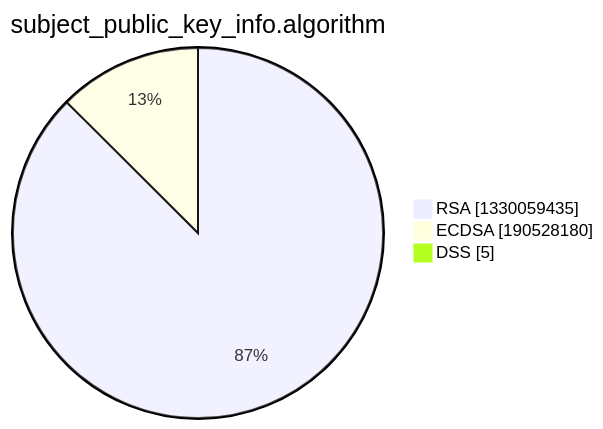
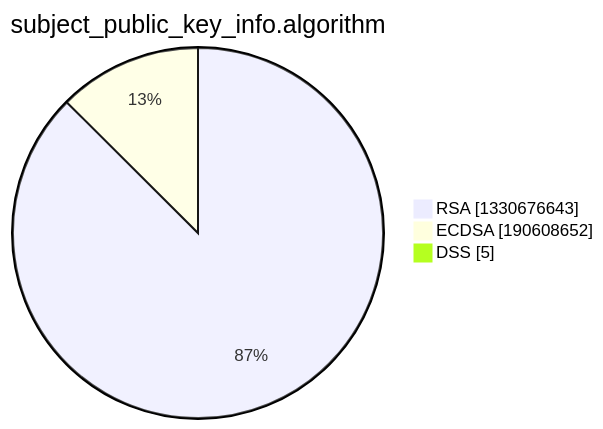
The third of 15 diagrams in xenon2022/README.md (christiankrug/ctmonitor_visualization), drawn with Mermaid before and after one commit. The commit also changed other lines of this file, not shown here.

````diff
--- a/xenon2022/README.md
+++ b/xenon2022/README.md
@@ -14,7 +14,7 @@
 ```mermaid
 pie showData
 title subject_public_key_info.algorithm
-"RSA" :1330059435
-"ECDSA" :190528180
+"RSA" :1330676643
+"ECDSA" :190608652
 "DSS" :5
 ```
````
